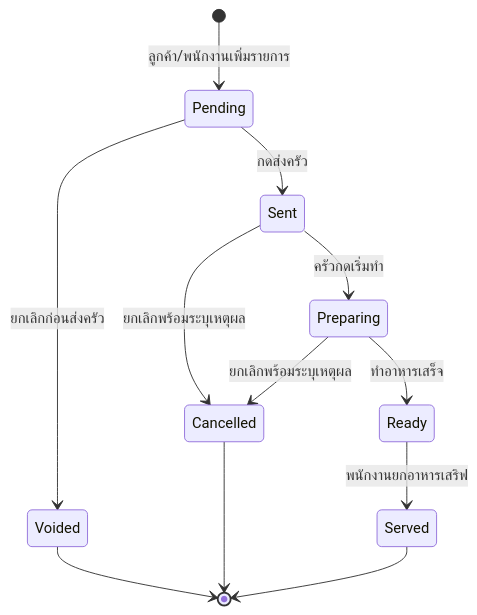
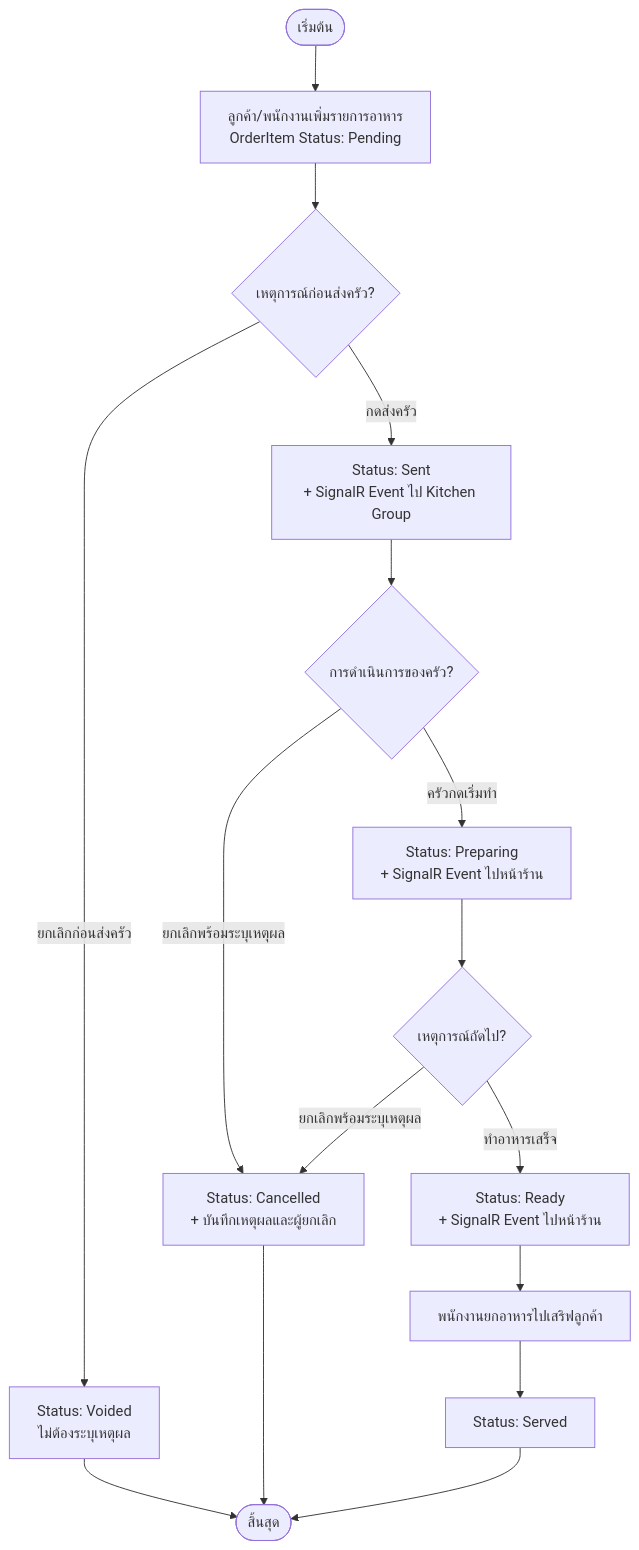
Diagram 21 of 27 in doc/report/05-chapter-3-design.md (TurkPhakim/RBMS-POS-Website), drawn with Mermaid before and after one commit. The commit also changed other lines of this file and 5 other files, not shown here.

````diff
--- a/doc/report/05-chapter-3-design.md
+++ b/doc/report/05-chapter-3-design.md
@@ -783,14 +776,18 @@
 ```mermaid
-stateDiagram-v2
-    [*] --> Pending: ลูกค้า/พนักงานเพิ่มรายการ
-    Pending --> Sent: กดส่งครัว
-    Pending --> Voided: ยกเลิกก่อนส่งครัว
-    Sent --> Preparing: ครัวกดเริ่มทำ
-    Sent --> Cancelled: ยกเลิกพร้อมระบุเหตุผล
-    Preparing --> Ready: ทำอาหารเสร็จ
-    Preparing --> Cancelled: ยกเลิกพร้อมระบุเหตุผล
-    Ready --> Served: พนักงานยกอาหารเสริฟ
-    Voided --> [*]
-    Cancelled --> [*]
-    Served --> [*]
+flowchart TD
+    Start([เริ่มต้น]) --> A[ลูกค้า/พนักงานเพิ่มรายการอาหาร<br/>OrderItem Status: Pending]
+    A --> B{เหตุการณ์ก่อนส่งครัว?}
+    B -- กดส่งครัว --> C[Status: Sent<br/>+ SignalR Event ไป Kitchen Group]
+    B -- ยกเลิกก่อนส่งครัว --> D[Status: Voided<br/>ไม่ต้องระบุเหตุผล]
+    C --> E{การดำเนินการของครัว?}
+    E -- ครัวกดเริ่มทำ --> F[Status: Preparing<br/>+ SignalR Event ไปหน้าร้าน]
+    E -- ยกเลิกพร้อมระบุเหตุผล --> G[Status: Cancelled<br/>+ บันทึกเหตุผลและผู้ยกเลิก]
+    F --> H{เหตุการณ์ถัดไป?}
+    H -- ทำอาหารเสร็จ --> I[Status: Ready<br/>+ SignalR Event ไปหน้าร้าน]
+    H -- ยกเลิกพร้อมระบุเหตุผล --> G
+    I --> J[พนักงานยกอาหารไปเสริฟลูกค้า]
+    J --> K[Status: Served]
+    D --> End([สิ้นสุด])
+    G --> End
+    K --> End
 ```
````
